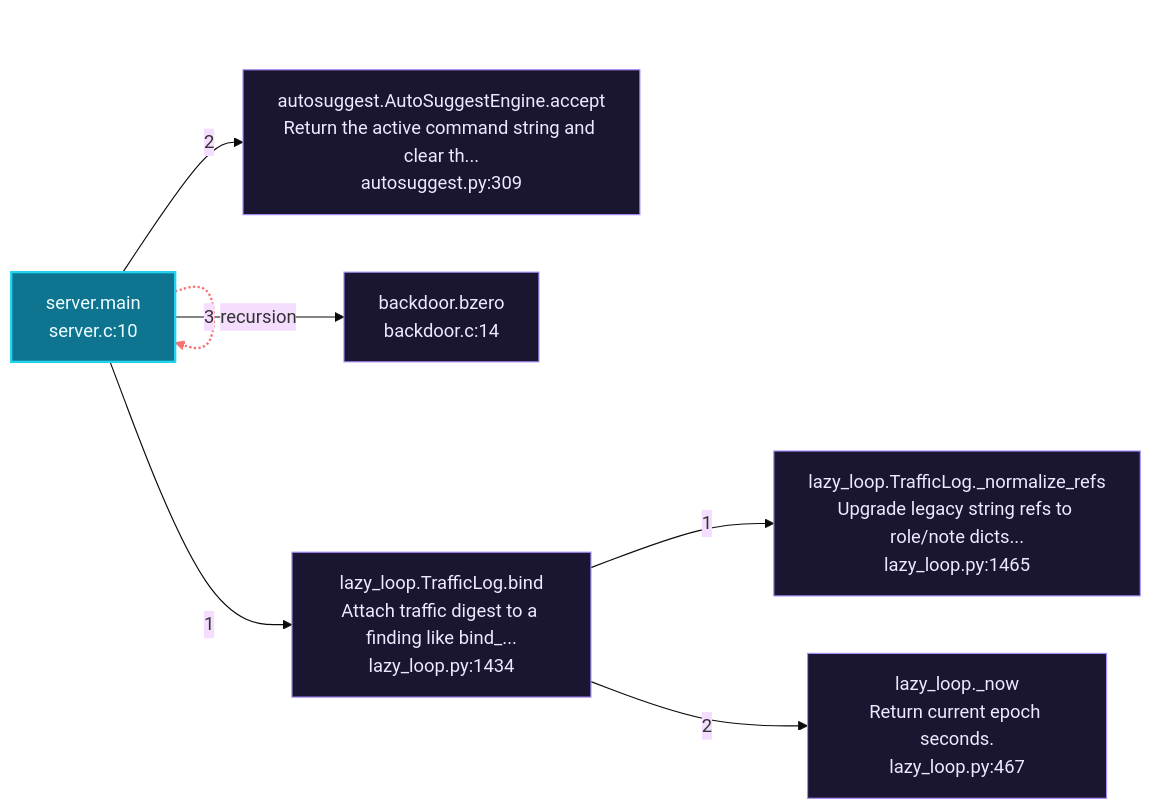
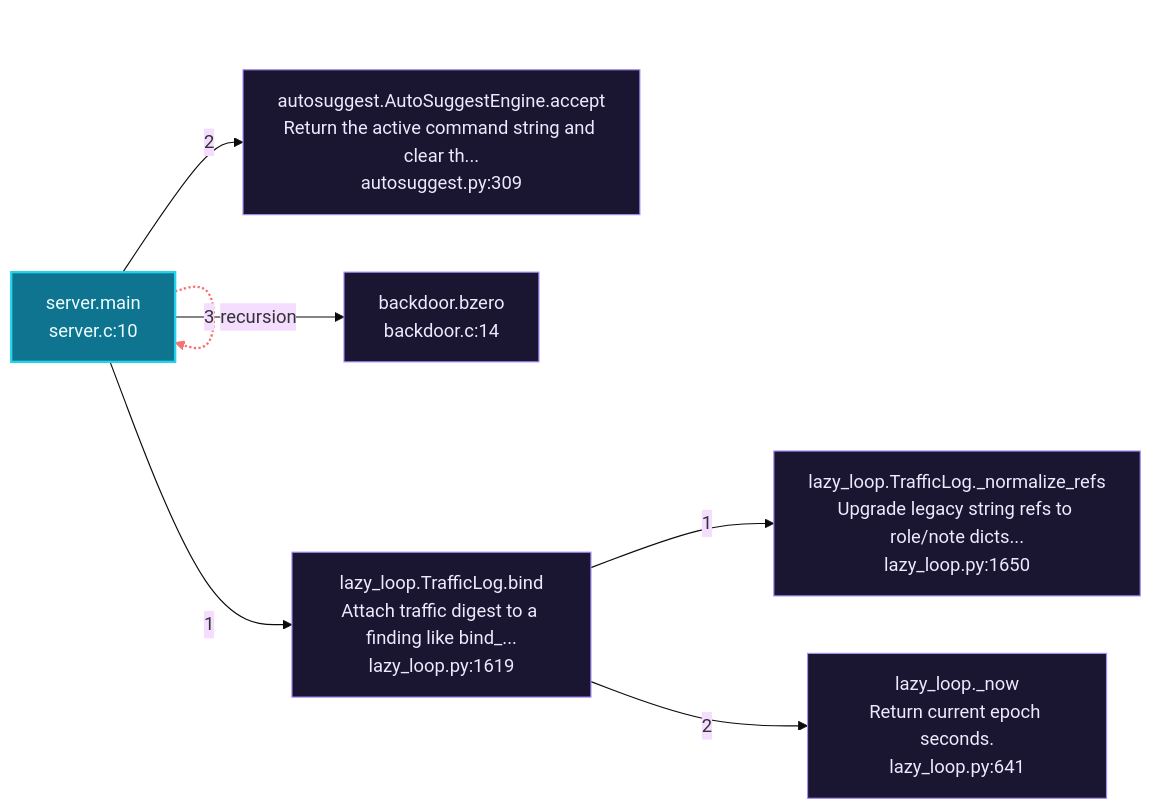
The second of 6 diagrams in readmenator-apidocs/architecture.md (grisuno/LazyOwn), drawn with Mermaid (base theme) before and after one commit. The commit also changed other lines of this file and 214 other files, not shown here.

````diff
--- a/readmenator-apidocs/architecture.md
+++ b/readmenator-apidocs/architecture.md
@@ -152,18 +160,18 @@
 ```mermaid
 flowchart LR
     classDef entry fill:#0e7490,stroke:#22d3ee,color:#ecfeff,stroke-width:2px;
     classDef external fill:#1a1530,stroke:#a78bfa,color:#ede9fe;
     n_modules_backdoor_server_c__main["server.main<br/>server.c:10"]:::entry
-    n_modules_lazy_loop_py__bind["lazy_loop.TrafficLog.bind<br/>Attach traffic digest to a finding like bind_...<br/>lazy_loop.py:1434"]:::external
-    n_modules_lazy_loop_py___normalize_refs["lazy_loop.TrafficLog._normalize_refs<br/>Upgrade legacy string refs to role/note dicts...<br/>lazy_loop.py:1465"]:::external
-    n_modules_lazy_loop_py___now["lazy_loop._now<br/>Return current epoch seconds.<br/>lazy_loop.py:467"]:::external
+    n_modules_lazy_loop_py__bind["lazy_loop.TrafficLog.bind<br/>Attach traffic digest to a finding like bind_...<br/>lazy_loop.py:1619"]:::external
+    n_modules_lazy_loop_py___normalize_refs["lazy_loop.TrafficLog._normalize_refs<br/>Upgrade legacy string refs to role/note dicts...<br/>lazy_loop.py:1650"]:::external
+    n_modules_lazy_loop_py___now["lazy_loop._now<br/>Return current epoch seconds.<br/>lazy_loop.py:641"]:::external
     n_cli_autosuggest_py__accept["autosuggest.AutoSuggestEngine.accept<br/>Return the active command string and clear th...<br/>autosuggest.py:309"]:::external
     n_modules_backdoor_backdoor_c__bzero["backdoor.bzero<br/>backdoor.c:14"]:::external
     n_modules_backdoor_server_c__main -.->|"recursion"| n_modules_backdoor_server_c__main
     n_modules_backdoor_server_c__main -->|"1"| n_modules_lazy_loop_py__bind
     n_modules_lazy_loop_py__bind -->|"1"| n_modules_lazy_loop_py___normalize_refs
     n_modules_lazy_loop_py__bind -->|"2"| n_modules_lazy_loop_py___now
     n_modules_backdoor_server_c__main -->|"2"| n_cli_autosuggest_py__accept
     n_modules_backdoor_server_c__main -->|"3"| n_modules_backdoor_backdoor_c__bzero
     linkStyle 0 stroke:#f87171,stroke-width:2px;
 ```
````
